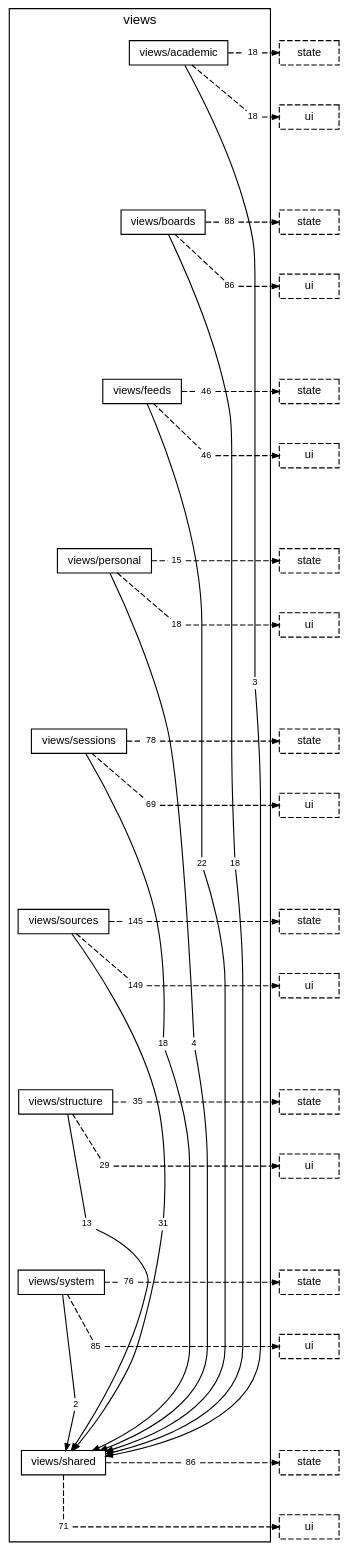
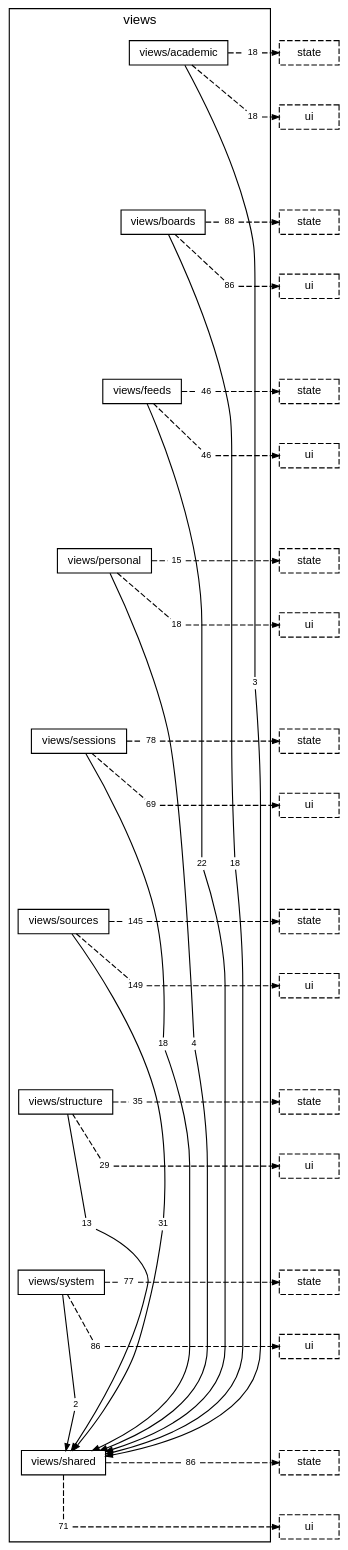
Before and after one commit to TheAxeC/oculus: the diagram in docs/diagrams/layer-views.dot, drawn with Graphviz. The commit also changed 47 other files, not shown here.

```diff
--- a/docs/diagrams/layer-views.dot
+++ b/docs/diagrams/layer-views.dot
@@ -35,8 +35,8 @@
         "folder views/structure to layer state" [label="35", shape=box, color="transparent", fontsize=8, width=0, height=0, margin="0.04,0.02"];
         "folder views/structure to layer ui" [label="29", shape=box, color="transparent", fontsize=8, width=0, height=0, margin="0.04,0.02"];
         "folder views/system to folder views/shared" [label="2", shape=box, color="transparent", fontsize=8, width=0, height=0, margin="0.04,0.02"];
-        "folder views/system to layer state" [label="76", shape=box, color="transparent", fontsize=8, width=0, height=0, margin="0.04,0.02"];
-        "folder views/system to layer ui" [label="85", shape=box, color="transparent", fontsize=8, width=0, height=0, margin="0.04,0.02"];
+        "folder views/system to layer state" [label="77", shape=box, color="transparent", fontsize=8, width=0, height=0, margin="0.04,0.02"];
+        "folder views/system to layer ui" [label="86", shape=box, color="transparent", fontsize=8, width=0, height=0, margin="0.04,0.02"];
         "folder views/shared to layer state" [label="86", shape=box, color="transparent", fontsize=8, width=0, height=0, margin="0.04,0.02"];
         "folder views/shared to layer ui" [label="71", shape=box, color="transparent", fontsize=8, width=0, height=0, margin="0.04,0.02"];
     }
```
